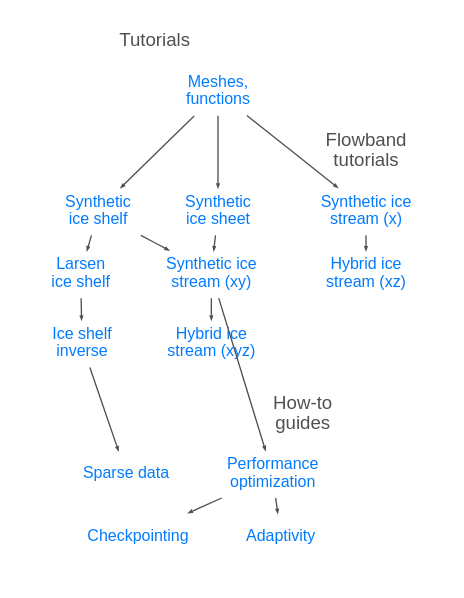
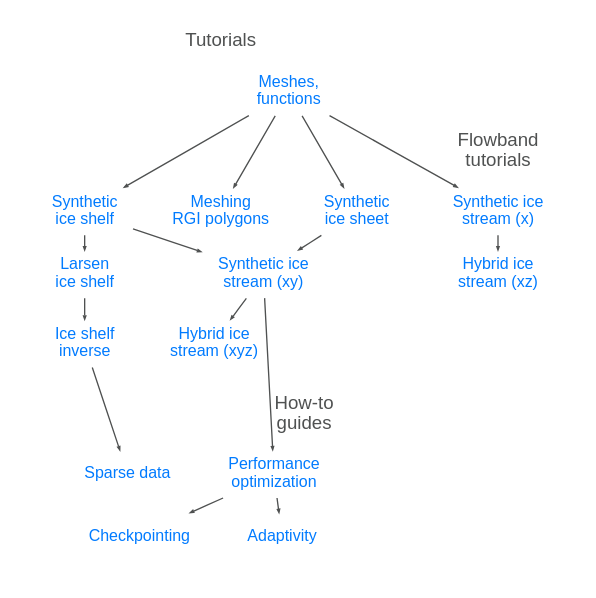
Before and after one commit to icepack/icepack.github.io: the diagram in pages/tutorials.rst, drawn with Graphviz.

Commit message:
Add RGI meshing demo

```diff
--- a/pages/tutorials.rst
+++ b/pages/tutorials.rst
@@ -18,62 +18,64 @@
 .. graphviz::
 
     digraph tutorials {
         node [fontname="helvetica", shape="plaintext", fontcolor="#007bff", fontsize="12"];
         edge [arrowsize=0.25, color="#4F5151"];
         ranksep=0.15;
         rankdir="TB";
         splines="false";
         mode="hier";
         layout="dot";
         //newrank="true";
 
         meshes_functions [label="Meshes,\nfunctions", href="/notebooks/tutorials/00-meshes-functions/"];
         synthetic_ice_sheet [label="Synthetic\nice sheet", href="/notebooks/tutorials/01-synthetic-ice-sheet/"];
         synthetic_ice_shelf [label="Synthetic\nice shelf", href="/notebooks/tutorials/02-synthetic-ice-shelf/"];
         larsen_ice_shelf [label="Larsen\nice shelf", href="/notebooks/tutorials/03-larsen-ice-shelf/"];
         synthetic_ice_stream_x [label="Synthetic ice\nstream (x)", href="/notebooks/tutorials/04-synthetic-ice-stream-x/"];
         synthetic_ice_stream_xy [label="Synthetic ice\nstream (xy)", href="/notebooks/tutorials/04-synthetic-ice-stream-xy/"];
         ice_shelf_inverse [label="Ice shelf\ninverse", href="/notebooks/tutorials/05-ice-shelf-inverse/"];
         hybrid_ice_stream_xz [label="Hybrid ice\nstream (xz)", href="/notebooks/tutorials/06-hybrid-ice-stream-xz/"];
         hybrid_ice_stream_xyz [label="Hybrid ice\nstream (xyz)", href="/notebooks/tutorials/06-hybrid-ice-stream-xyz/"];
+        rgi_meshing [label="Meshing\nRGI polygons", href="/notebooks/tutorials/07-rgi-meshing"]
 
         performance [label="Performance\noptimization", href="/notebooks/how-to/01-performance/"];
         checkpointing [label="Checkpointing", href="/notebooks/how-to/02-checkpointing/"];
         adaptivity [label="Adaptivity", href="/notebooks/how-to/03-adaptivity/"];
         sparse_data [label="Sparse data", href="/notebooks/how-to/04-sparse-data/"];
         //time_dependent_da [label="Time-dependent\ndata assimilation", href="/notebooks/how-to/05-time-dependent-inverse/"];
 
         subgraph cluster_planview_tutorials {
             penwidth=0;
             fontcolor="#4F5151"
             fontname="helvetica";
             label="Tutorials";
             meshes_functions -> synthetic_ice_sheet;
+            meshes_functions -> rgi_meshing;
             meshes_functions -> synthetic_ice_shelf -> larsen_ice_shelf -> ice_shelf_inverse;
             synthetic_ice_shelf -> synthetic_ice_stream_xy;
             synthetic_ice_sheet -> synthetic_ice_stream_xy;
             synthetic_ice_stream_xy -> hybrid_ice_stream_xyz;
         }
 
         subgraph cluster_flowband_tutorials {
             penwidth=0;
             fontcolor="#4F5151"
             fontname="helvetica";
             label="Flowband\ntutorials";
             meshes_functions -> synthetic_ice_stream_x -> hybrid_ice_stream_xz;
         }
 
         synthetic_ice_stream_xy -> performance; // [constraint=false];
 
         subgraph cluster_how_to {
             penwidth=0;
             fontcolor="#4F5151"
             fontname="helvetica";
             label="How-to\nguides";
             labeljust="r";
             performance -> checkpointing;
             performance -> adaptivity;
             ice_shelf_inverse -> sparse_data;
             //ice_shelf_inverse -> time_dependent_da;
         }
     }
```
